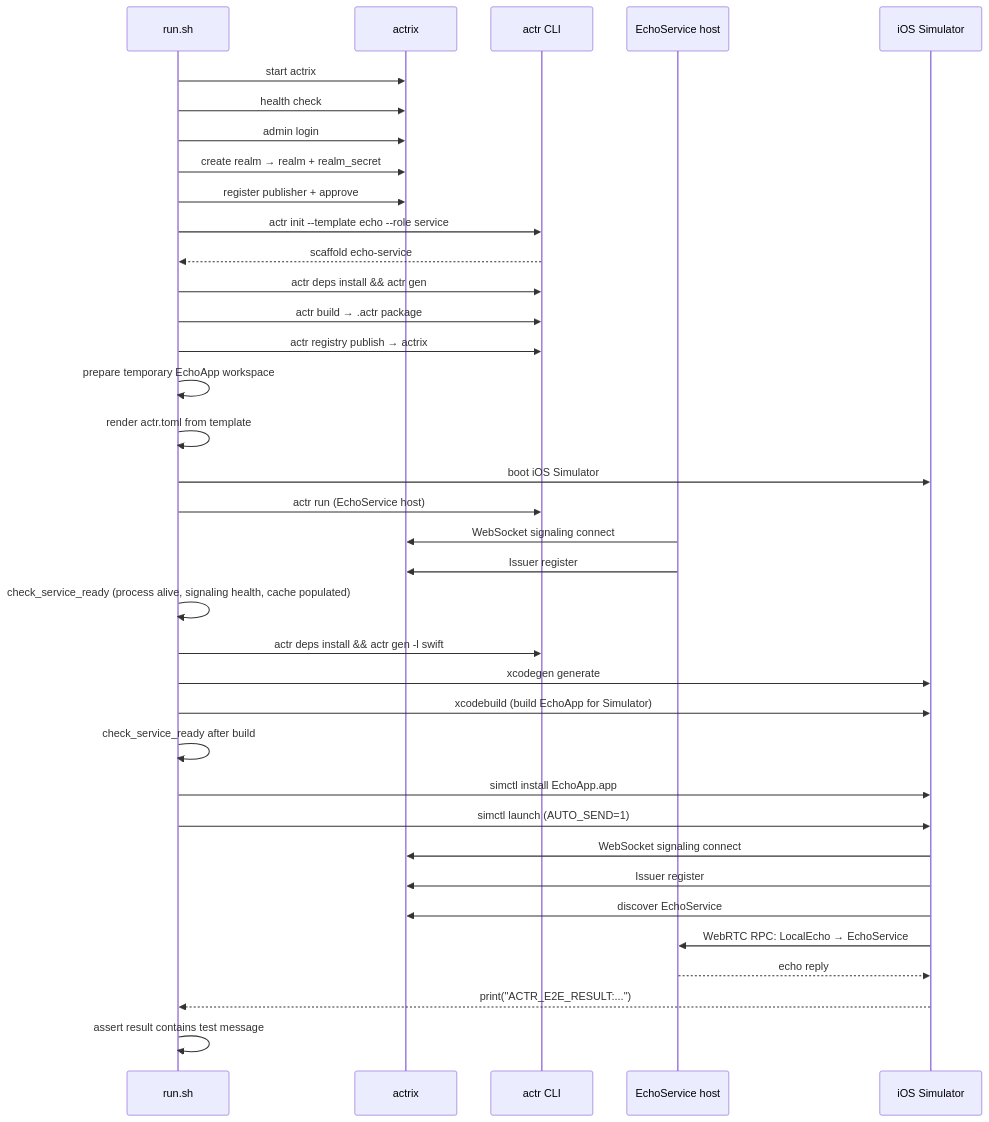
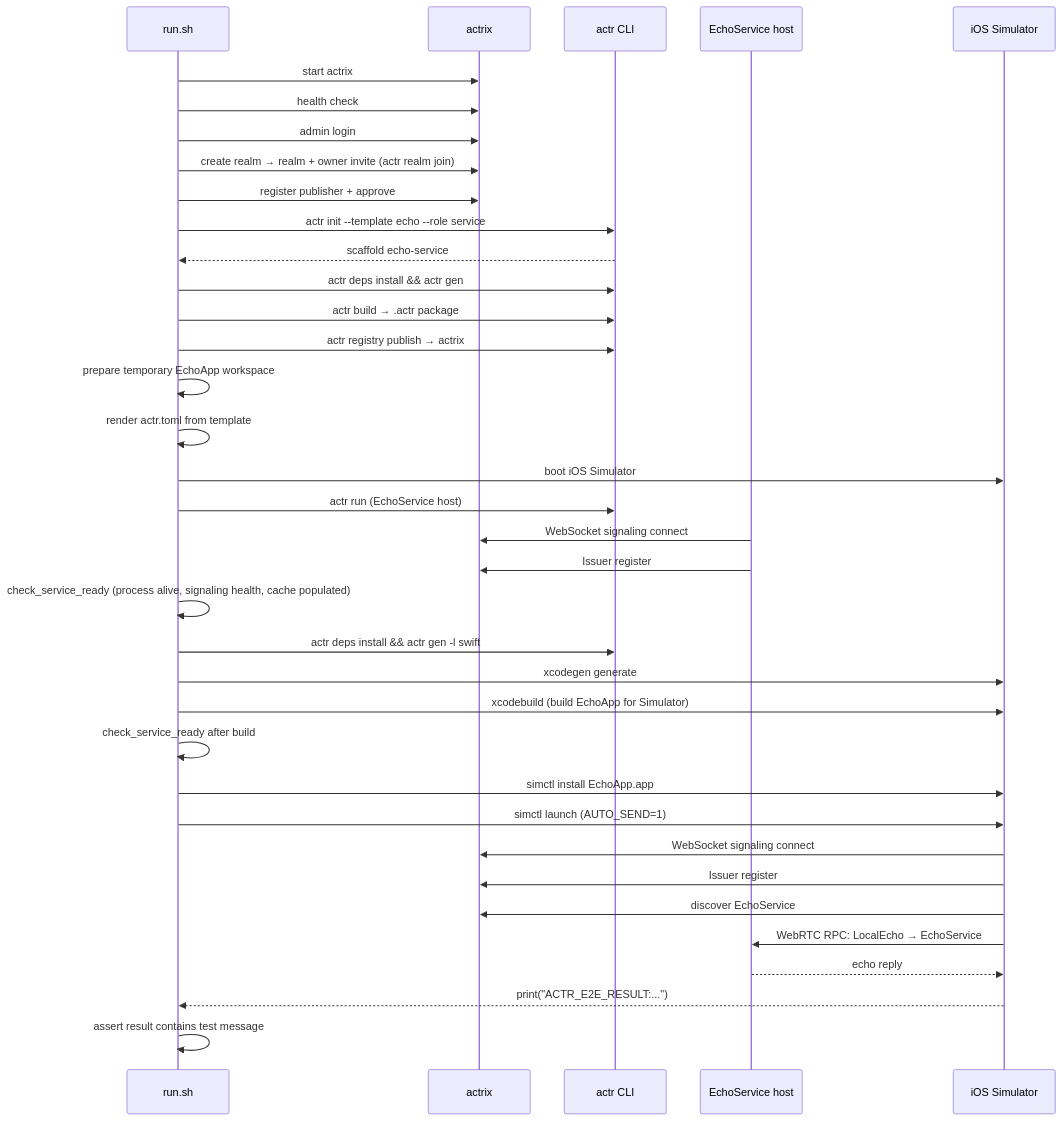
The second of 2 diagrams in tests/e2e/actr/swift-echo-app/README.md (Actrium/actrium), drawn with Mermaid before and after one commit. The commit also changed other lines of this file and 19 other files, not shown here.

First line of the commit message:
test(e2e): join the Realm with invites and refuse a removed member

````diff
--- a/tests/e2e/actr/swift-echo-app/README.md
+++ b/tests/e2e/actr/swift-echo-app/README.md
@@ -36,44 +36,44 @@
 ```mermaid
 sequenceDiagram
     participant CI as run.sh
     participant AX as actrix
     participant CLI as actr CLI
     participant ES as EchoService host
     participant SIM as iOS Simulator
 
     CI->>AX: start actrix
     CI->>AX: health check
     CI->>AX: admin login
-    CI->>AX: create realm → realm + realm_secret
+    CI->>AX: create realm → realm + owner invite (actr realm join)
     CI->>AX: register publisher + approve
 
     CI->>CLI: actr init --template echo --role service
     CLI-->>CI: scaffold echo-service
     CI->>CLI: actr deps install && actr gen
     CI->>CLI: actr build → .actr package
     CI->>CLI: actr registry publish → actrix
 
     CI->>CI: prepare temporary EchoApp workspace
     CI->>CI: render actr.toml from template
     CI->>SIM: boot iOS Simulator
 
     CI->>CLI: actr run (EchoService host)
     ES->>AX: WebSocket signaling connect
     ES->>AX: Issuer register
     CI->>CI: check_service_ready (process alive, signaling health, cache populated)
     CI->>CLI: actr deps install && actr gen -l swift
     CI->>SIM: xcodegen generate
     CI->>SIM: xcodebuild (build EchoApp for Simulator)
     CI->>CI: check_service_ready after build
 
     CI->>SIM: simctl install EchoApp.app
     CI->>SIM: simctl launch (AUTO_SEND=1)
 
     SIM->>AX: WebSocket signaling connect
     SIM->>AX: Issuer register
     SIM->>AX: discover EchoService
     SIM->>ES: WebRTC RPC: LocalEcho → EchoService
     ES-->>SIM: echo reply
     SIM-->>CI: print("ACTR_E2E_RESULT:...")
     CI->>CI: assert result contains test message
 ```
````
